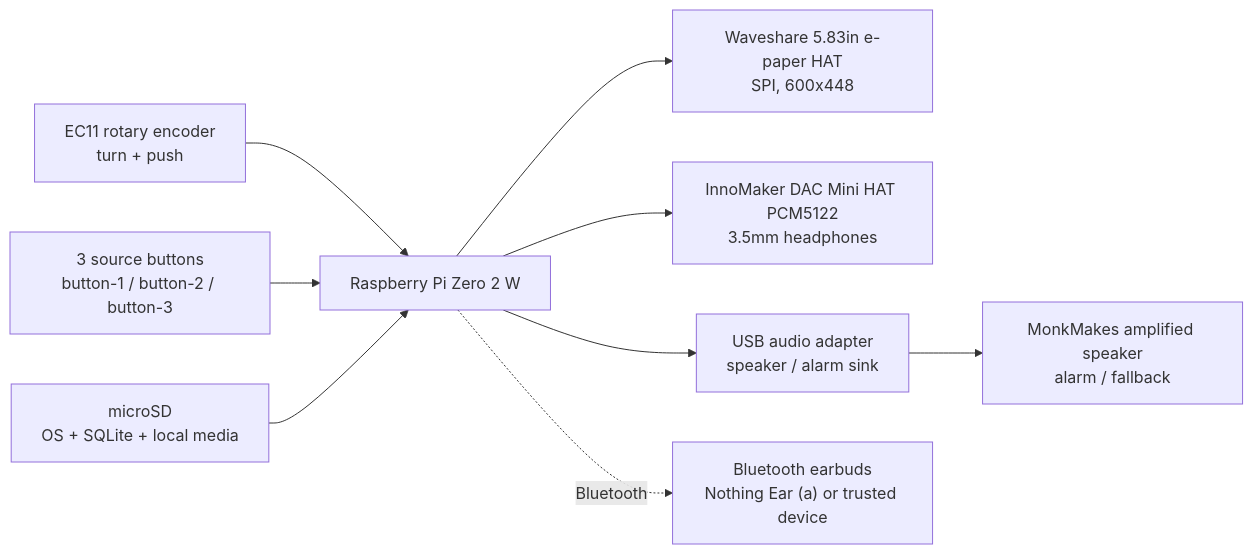
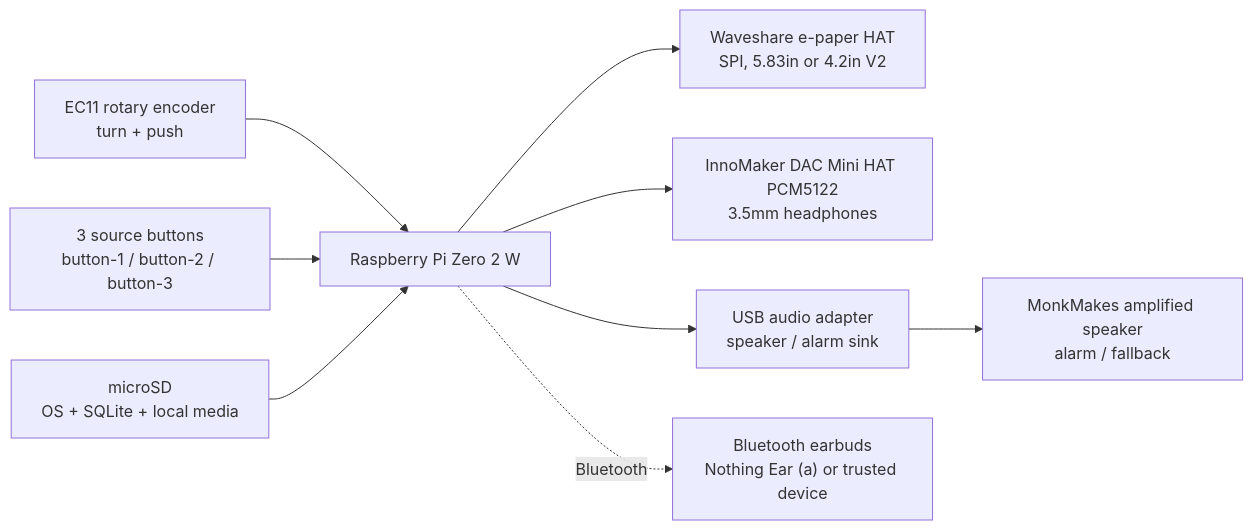
Before and after one commit to benzavadil-svg/nightstand_audio: the diagram in docs/pi-bringup.md, drawn with Mermaid. The commit also changed other lines of this file and 18 other files, not shown here.

````diff
--- a/docs/pi-bringup.md
+++ b/docs/pi-bringup.md
@@ -61,21 +63,21 @@
 ```mermaid
 flowchart LR
   Pi["Raspberry Pi Zero 2 W"]
-  EPD["Waveshare 5.83in e-paper HAT\nSPI, 600x448"]
+  EPD["Waveshare e-paper HAT\nSPI, 5.83in or 4.2in V2"]
   DAC["InnoMaker DAC Mini HAT PCM5122\n3.5mm headphones"]
   USB["USB audio adapter\nspeaker / alarm sink"]
   SPK["MonkMakes amplified speaker\nalarm / fallback"]
   BT["Bluetooth earbuds\nNothing Ear (a) or trusted device"]
   ENC["EC11 rotary encoder\nturn + push"]
   BTN["3 source buttons\nbutton-1 / button-2 / button-3"]
   SD["microSD\nOS + SQLite + local media"]
 
   Pi --> EPD
   Pi --> DAC
   Pi --> USB
   USB --> SPK
   Pi -. Bluetooth .-> BT
   ENC --> Pi
   BTN --> Pi
   SD --> Pi
 ```
````
